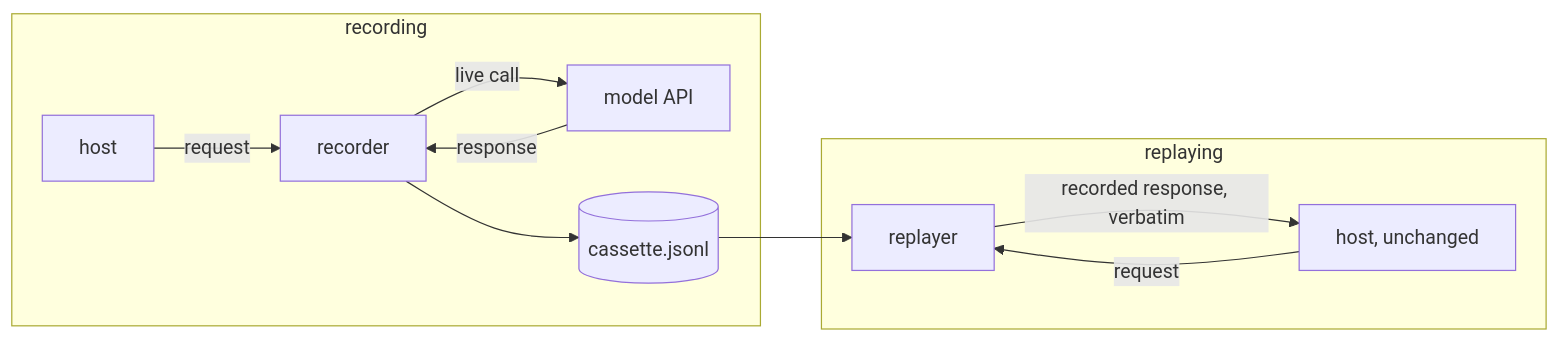
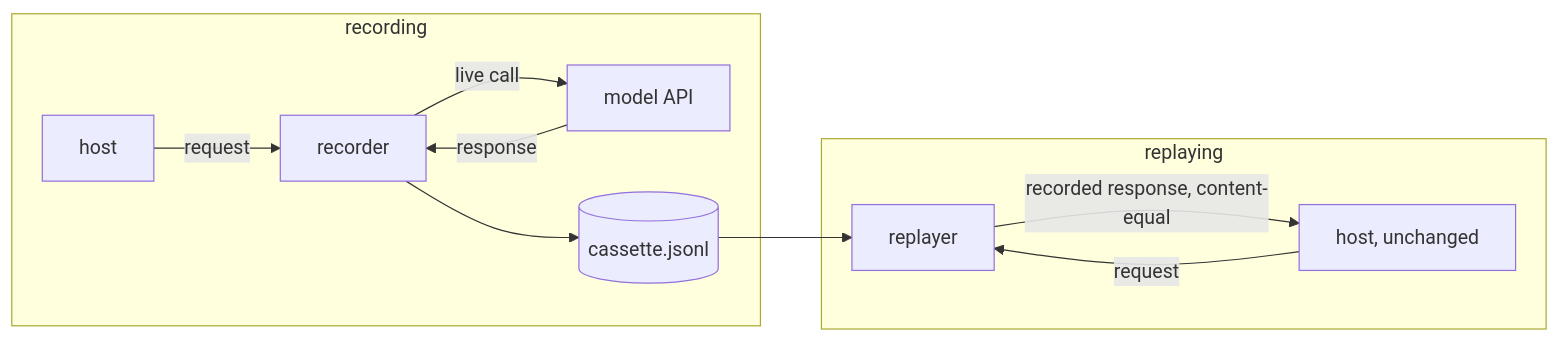
Before and after one commit to macayaven/agent-harness-path: the second of 2 diagrams in lessons/src/S08-observability-replay.md, drawn with Mermaid. The commit also changed other lines of this file and 138 other files, not shown here.

````diff
--- a/lessons/src/S08-observability-replay.md
+++ b/lessons/src/S08-observability-replay.md
@@ -100,14 +100,14 @@
 ```mermaid
 flowchart LR
     subgraph rec["recording"]
         H1["host"] -->|"request"| REC["recorder"]
         REC -->|"live call"| M["model API"]
         M -->|"response"| REC
         REC --> C[("cassette.jsonl")]
     end
     subgraph rep["replaying"]
         C --> REP["replayer"]
         H2["host, unchanged"] -->|"request"| REP
-        REP -->|"recorded response, verbatim"| H2
+        REP -->|"recorded response, content-equal"| H2
     end
 ```
````
